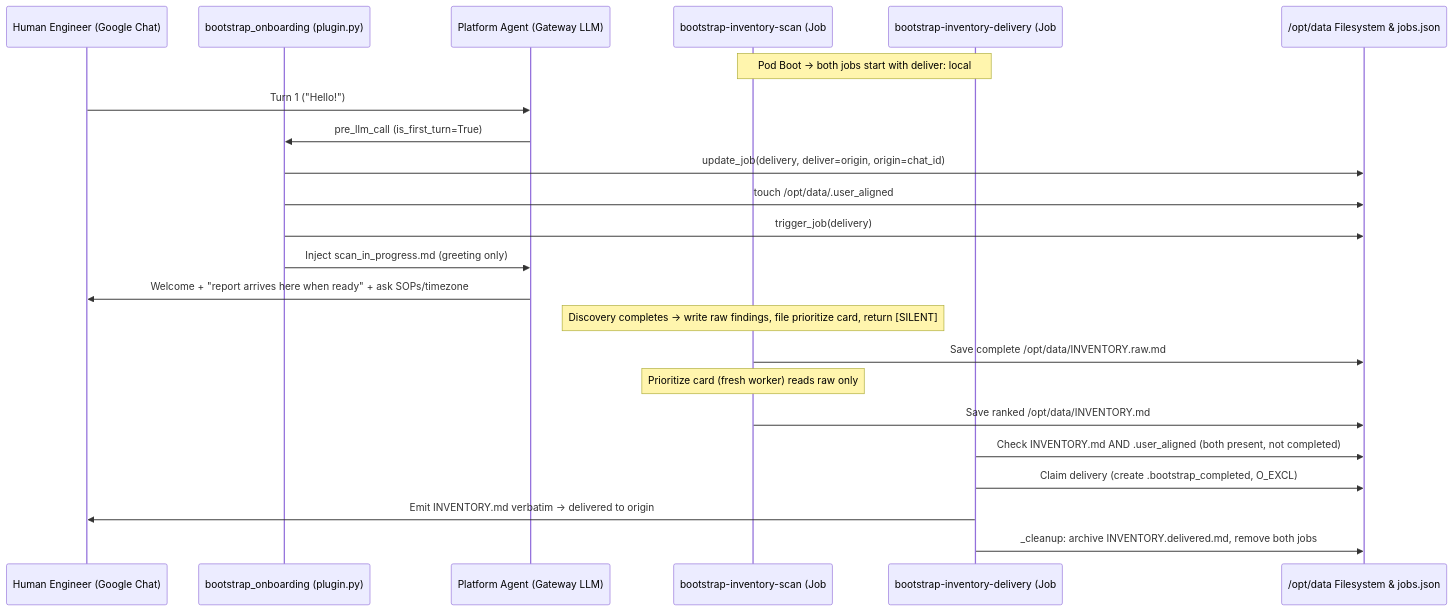
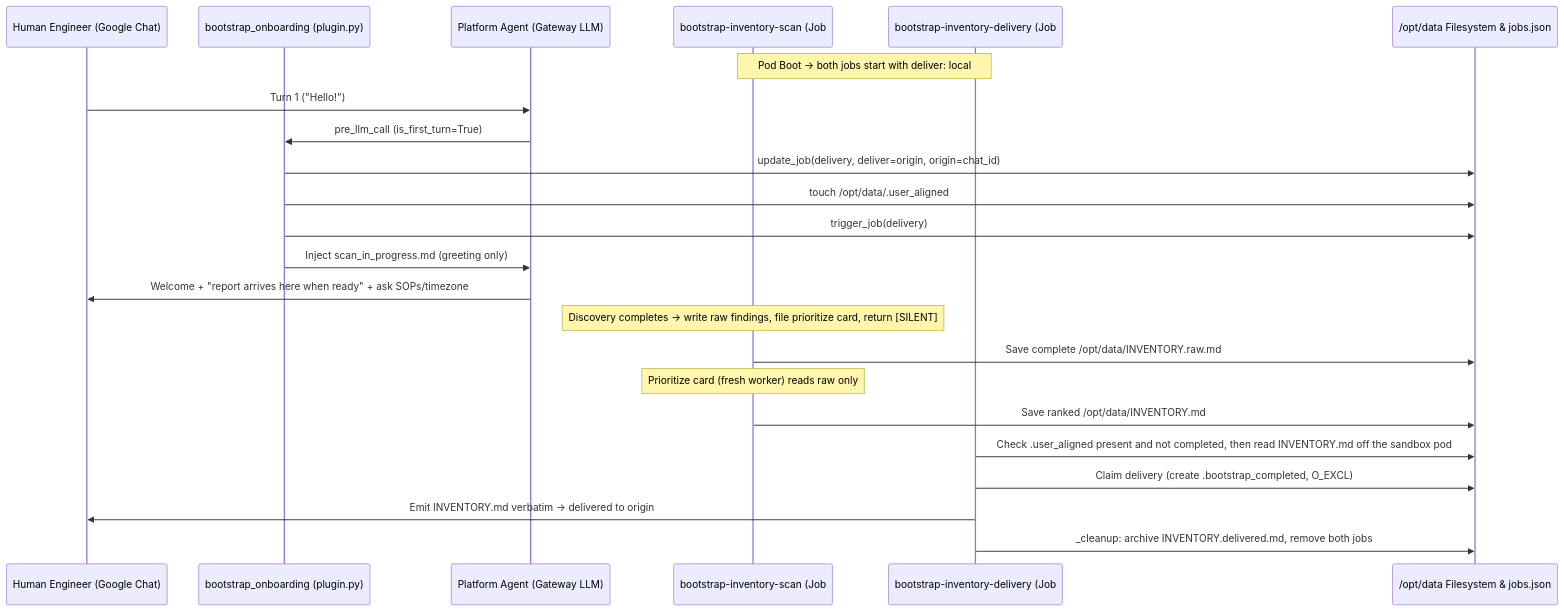
Before and after one commit to toshiowang/kube-agents: the second of 3 diagrams in agents/chat/defaults/plugins/bootstrap_onboarding/README.md, drawn with Mermaid. The commit also changed other lines of this file and 13 other files, not shown here.

First line of the commit message:
test(bench): check that onboarding delivery read the report off the sandbox

````diff
--- a/agents/chat/defaults/plugins/bootstrap_onboarding/README.md
+++ b/agents/chat/defaults/plugins/bootstrap_onboarding/README.md
@@ -114,26 +114,26 @@
 ```mermaid
 sequenceDiagram
     participant User as Human Engineer (Google Chat)
     participant Hook as bootstrap_onboarding (plugin.py)
     participant Agent as Platform Agent (Gateway LLM)
     participant Scan as bootstrap-inventory-scan (Job #1, LLM)
     participant Deliver as bootstrap-inventory-delivery (Job #2, no_agent script)
     participant Disk as /opt/data Filesystem & jobs.json
 
     Note over Scan,Deliver: Pod Boot -> both jobs start with deliver: local
     User->>Agent: Turn 1 ("Hello!")
     Agent->>Hook: pre_llm_call (is_first_turn=True)
     Hook->>Disk: update_job(delivery, deliver=origin, origin=chat_id)
     Hook->>Disk: touch /opt/data/.user_aligned
     Hook->>Disk: trigger_job(delivery)
     Hook->>Agent: Inject scan_in_progress.md (greeting only)
     Agent->>User: Welcome + "report arrives here when ready" + ask SOPs/timezone
     Note over Scan: Discovery completes -> write raw findings, file prioritize card, return [SILENT]
     Scan->>Disk: Save complete /opt/data/INVENTORY.raw.md
     Note over Scan: Prioritize card (fresh worker) reads raw only
     Scan->>Disk: Save ranked /opt/data/INVENTORY.md
-    Deliver->>Disk: Check INVENTORY.md AND .user_aligned (both present, not completed)
+    Deliver->>Disk: Check .user_aligned present and not completed, then read INVENTORY.md off the sandbox pod
     Deliver->>Disk: Claim delivery (create .bootstrap_completed, O_EXCL)
     Deliver->>User: Emit INVENTORY.md verbatim -> delivered to origin
     Deliver->>Disk: _cleanup: archive INVENTORY.delivered.md, remove both jobs
 ```
````
